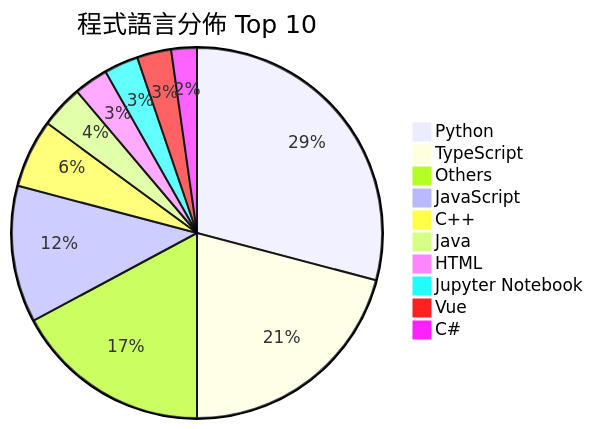
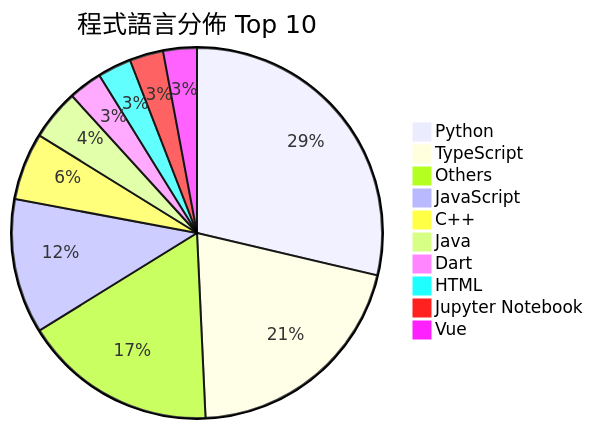
One commit to Andy87877/GitHub-Star-Manager changed the second of 2 diagrams in README.md. Above: the diagram before and after it, drawn with Mermaid. The commit also changed other lines of this file and 3 other files, not shown here.

````diff
--- a/README.md
+++ b/README.md
@@ -27,13 +27,13 @@
 ```mermaid
 pie title 程式語言分佈 Top 10
     "Python" : 39
     "TypeScript" : 28
     "Others" : 23
     "JavaScript" : 16
     "C++" : 8
-    "Java" : 5
+    "Java" : 6
+    "Dart" : 4
     "HTML" : 4
     "Jupyter Notebook" : 4
     "Vue" : 4
-    "C#" : 3
 ```
````
